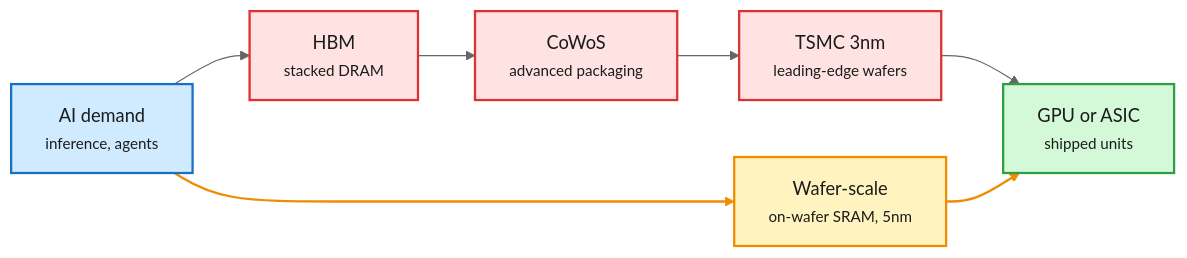
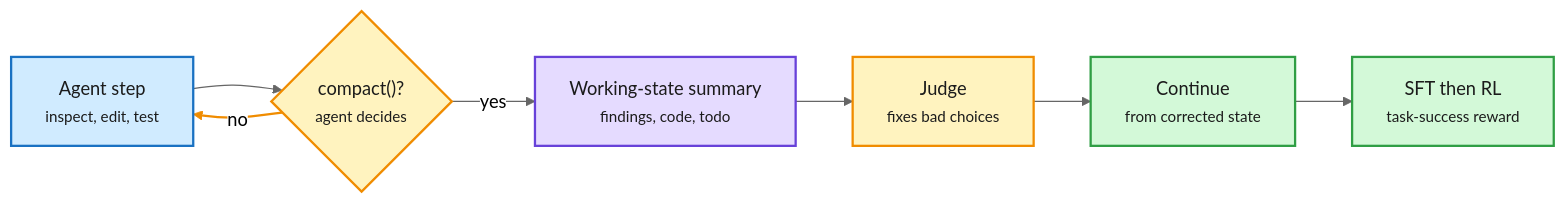
The third of 7 diagrams in wiki/daily-digest/2026-10/2026-10-04.md (bayesiansapien/cere-bro), drawn with Mermaid (neutral theme) before and after one commit. The commit also changed other lines of this file, not shown here.

````diff
--- a/wiki/daily-digest/2026-10/2026-10-04.md
+++ b/wiki/daily-digest/2026-10/2026-10-04.md
@@ -99,19 +167,18 @@
 ```mermaid
 flowchart LR
-  D["AI demand<br/><small>inference, agents</small>"] --> H["HBM<br/><small>stacked DRAM</small>"]
-  H --> C["CoWoS<br/><small>advanced packaging</small>"]
-  C --> N["TSMC 3nm<br/><small>leading-edge wafers</small>"]
-  N --> G["GPU or ASIC<br/><small>shipped units</small>"]
-  D --> W["Wafer-scale<br/><small>on-wafer SRAM, 5nm</small>"]
-  W --> G
+  A["Agent step<br/><small>inspect, edit, test</small>"] --> D{"compact()?<br/><small>agent decides</small>"}
+  D -->|no| A
+  D -->|yes| S["Working-state summary<br/><small>findings, code, todo</small>"]
+  S --> J["Judge<br/><small>fixes bad choices</small>"]
+  J --> C["Continue<br/><small>from corrected state</small>"]
+  C --> T["SFT then RL<br/><small>task-success reward</small>"]
   classDef input fill:#d0ebff,stroke:#1971c2,color:#1b1b1b,stroke-width:2px
-  classDef err fill:#ffe3e3,stroke:#e03131,color:#1b1b1b,stroke-width:2px
+  classDef core fill:#e5dbff,stroke:#6741d9,color:#1b1b1b,stroke-width:2px
   classDef loop fill:#fff3bf,stroke:#f08c00,color:#1b1b1b,stroke-width:2px
   classDef exit fill:#d3f9d8,stroke:#2f9e44,color:#1b1b1b,stroke-width:2px
-  class D input
-  class H,C,N err
-  class W loop
-  class G exit
-  linkStyle 4 stroke:#f08c00,stroke-width:2px
-  linkStyle 5 stroke:#f08c00,stroke-width:2px
+  class A input
+  class D,J loop
+  class S core
+  class C,T exit
+  linkStyle 1 stroke:#f08c00,stroke-width:2px
 ```
````
